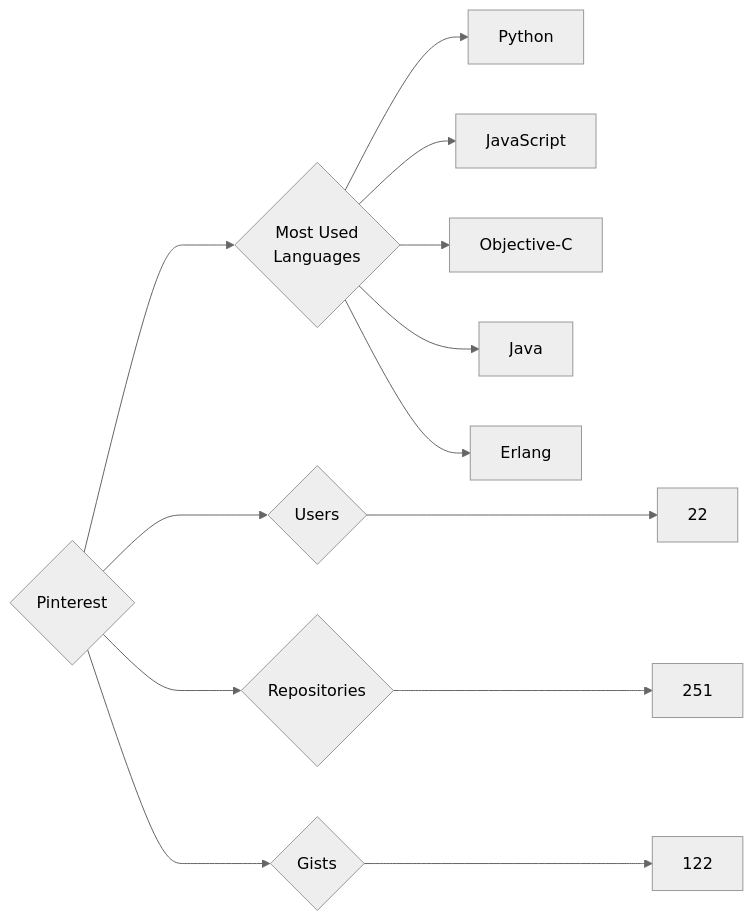
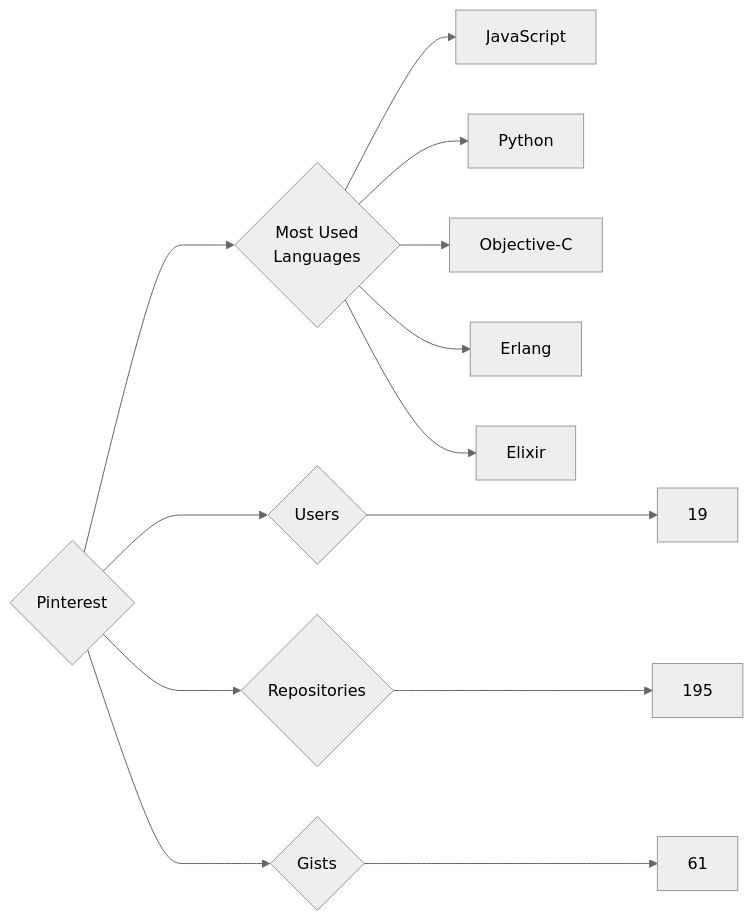
One commit to trickest/insiders changed the diagram in targets/Pinterest/README.md. Above: the diagram before and after it, drawn with Mermaid (neutral theme). The commit also changed 948 other files, not shown here.

````diff
--- a/targets/Pinterest/README.md
+++ b/targets/Pinterest/README.md
@@ -3,13 +3,13 @@
 ```mermaid
 graph LR
 COMPANY_NAME{Pinterest}
-COMPANY_NAME ---> U{Users} ---> UN[22]
-COMPANY_NAME ---> R{Repositories} ---> RN[251]
-COMPANY_NAME ---> G{Gists} ---> GN[122]
+COMPANY_NAME ---> U{Users} ---> UN[19]
+COMPANY_NAME ---> R{Repositories} ---> RN[195]
+COMPANY_NAME ---> G{Gists} ---> GN[61]
 COMPANY_NAME ---> ML{Most Used<br>Languages}
+ML --> JavaScript[JavaScript]
 ML --> Python[Python]
-ML --> JavaScript[JavaScript]
 ML --> Objective-C[Objective-C]
-ML --> Java[Java]
 ML --> Erlang[Erlang]
+ML --> Elixir[Elixir]
 ```
````
